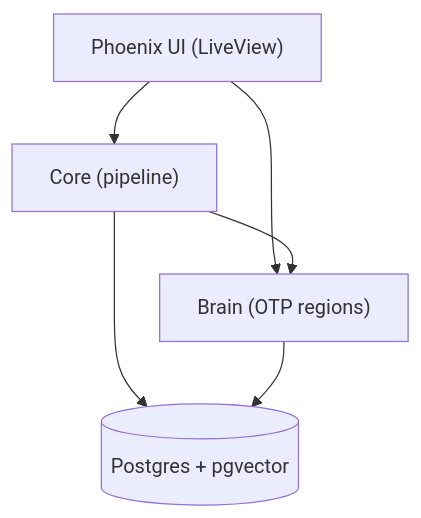
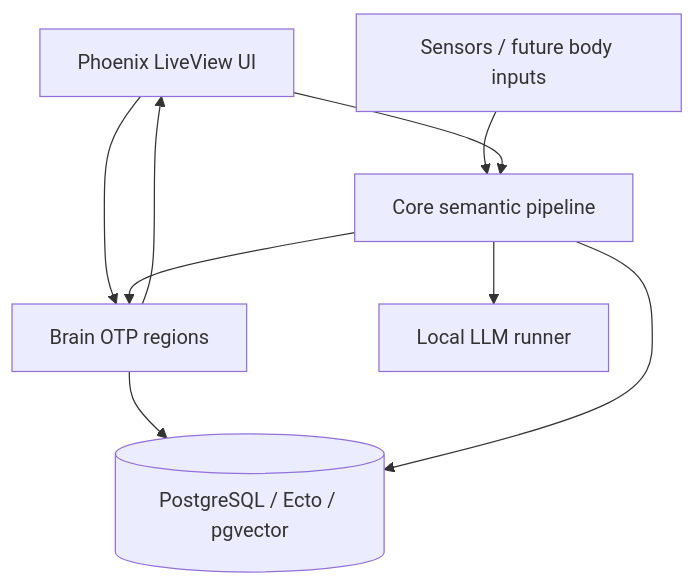
Before and after one commit to bushman77/Symbrella: the diagram in README.md, drawn with Mermaid. The commit also changed other lines of this file and 25 other files, not shown here.

````diff
--- a/README.md
+++ b/README.md
@@ -256,13 +58,18 @@
 ```mermaid
 flowchart TD
-  A["Phoenix UI (LiveView)"]
-  B["Brain (OTP regions)"]
-  C["Core (pipeline)"]
-  D[(Postgres + pgvector)]
+  UI["Phoenix LiveView UI"]
+  Core["Core semantic pipeline"]
+  Brain["Brain OTP regions"]
+  Db[("PostgreSQL / Ecto / pgvector")]
+  Llm["Local LLM runner"]
+  Sensors["Sensors / future body inputs"]
 
-  A --> C
-  A --> B
-  C --> B
-  C --> D
-  B --> D
+  Sensors --> Core
+  UI --> Core
+  UI --> Brain
+  Core --> Brain
+  Brain --> Db
+  Core --> Db
+  Core --> Llm
+  Brain --> UI
 ```
````
